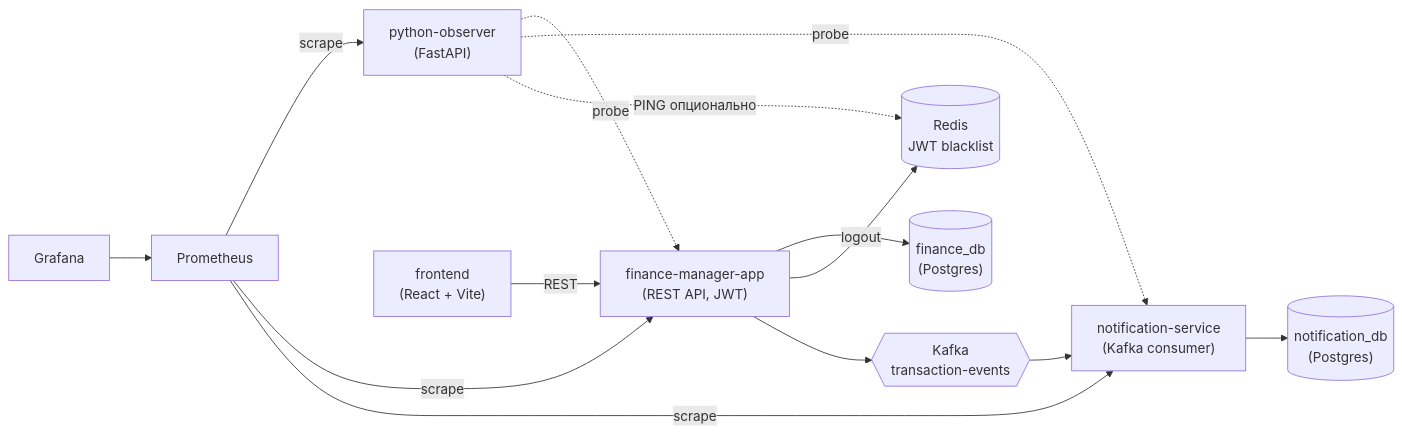
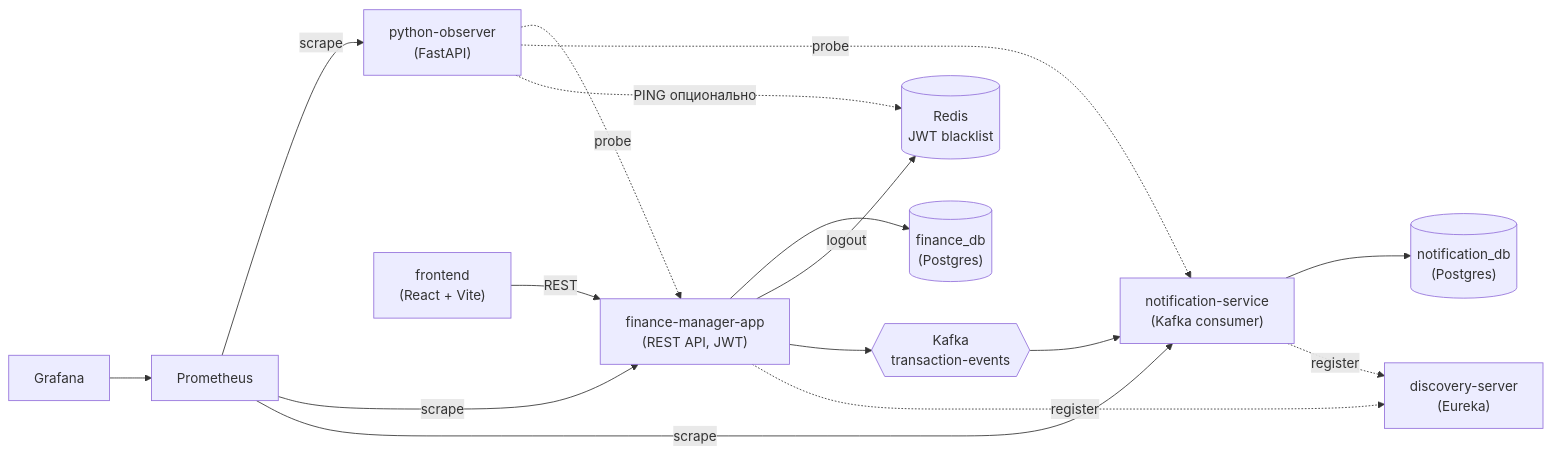
One commit to Korteng/finance-manager changed the diagram in README.md. Above: the diagram before and after it, drawn with Mermaid. The commit also changed other lines of this file and 10 other files, not shown here.

Commit message:
Add discovery-server (Eureka), register services as clients (#14)

````diff
--- a/README.md
+++ b/README.md
@@ -7,19 +7,22 @@
 ```mermaid
 flowchart LR
     GRAF["Grafana"] --> PROM["Prometheus"]
     PROM -- "scrape" --> OBS["python-observer<br/>(FastAPI)"]
     PROM -- "scrape" --> APP["finance-manager-app<br/>(REST API, JWT)"]
     PROM -- "scrape" --> NOTIF["notification-service<br/>(Kafka consumer)"]
 
     FE["frontend<br/>(React + Vite)"] -- "REST" --> APP
 
     OBS -. "probe" .-> APP
     OBS -. "probe" .-> NOTIF
     OBS -. "PING опционально" .-> REDIS[("Redis<br/>JWT blacklist")]
 
     APP --> DB1[("finance_db<br/>(Postgres)")]
     APP -- "logout" --> REDIS
     APP --> KAFKA{{"Kafka<br/>transaction-events"}}
     KAFKA --> NOTIF
     NOTIF --> DB2[("notification_db<br/>(Postgres)")]
+
+    APP -. "register" .-> DISC["discovery-server<br/>(Eureka)"]
+    NOTIF -. "register" .-> DISC
 ```
````
